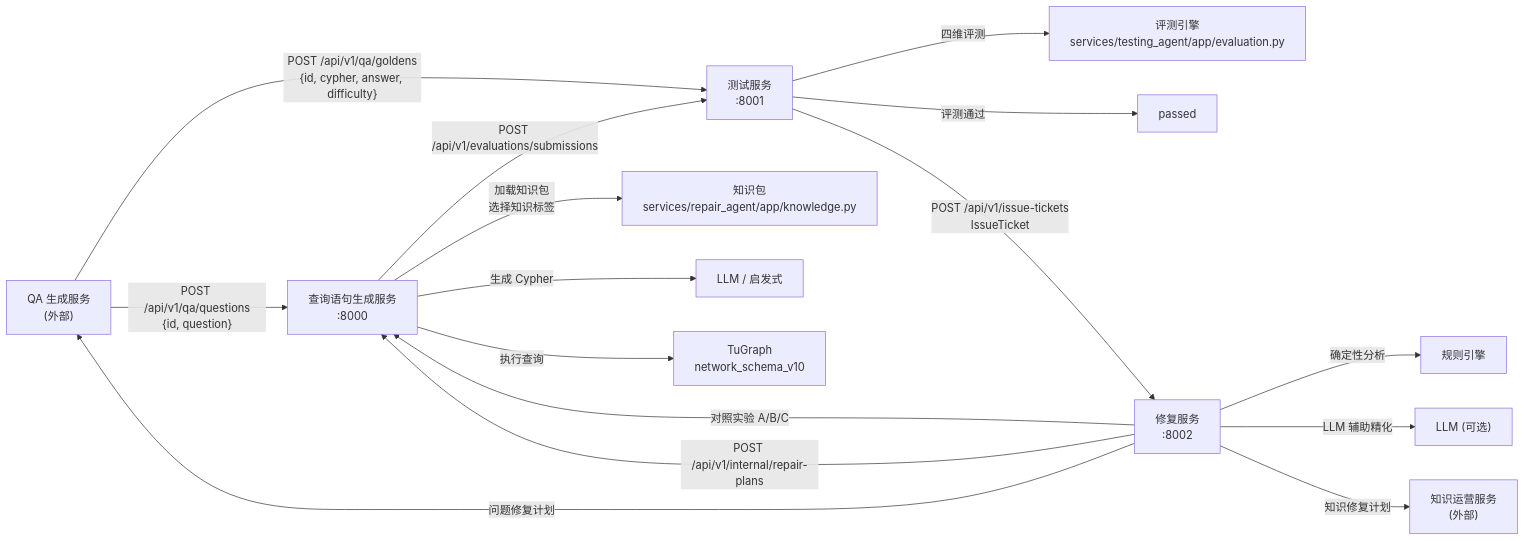
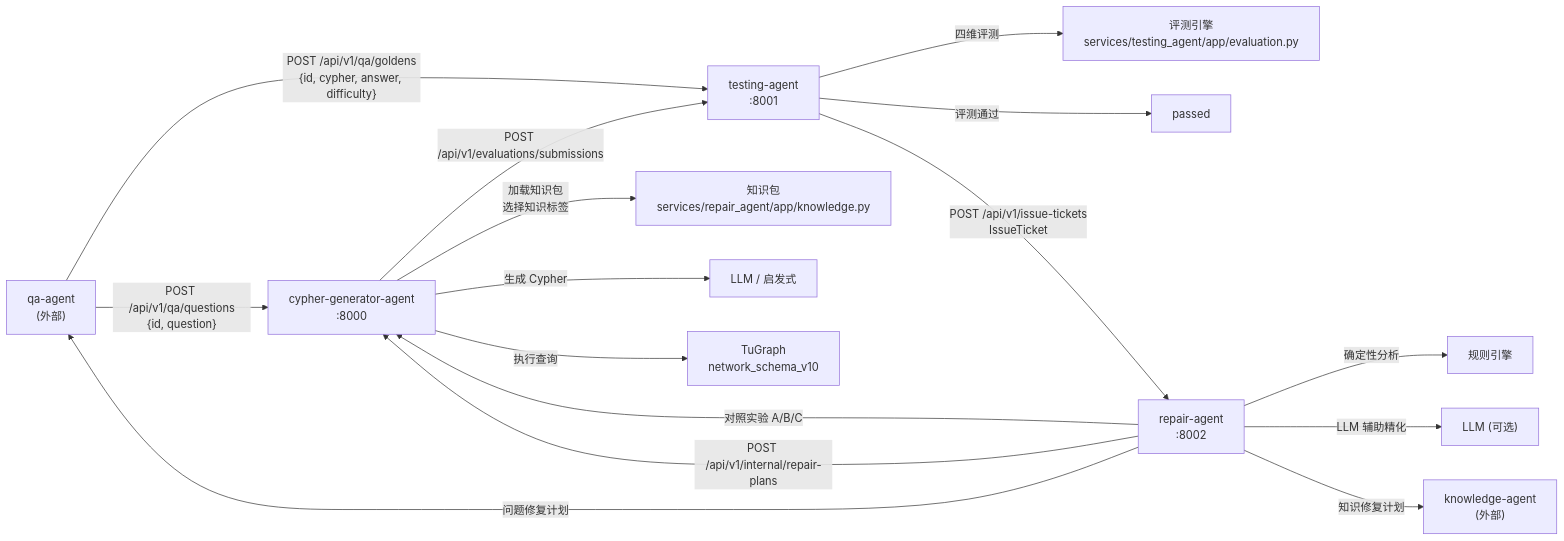
The diagram in services/query_generator_agent/docs/reference/查询语句生成服务+测试服务初步架构.md (mangow0527/NL2Cypher), drawn with Mermaid before and after one commit. The commit also changed other lines of this file and 18 other files, not shown here.

````diff
--- a/services/query_generator_agent/docs/reference/查询语句生成服务+测试服务初步架构.md
+++ b/services/query_generator_agent/docs/reference/查询语句生成服务+测试服务初步架构.md
@@ -11,21 +11,21 @@
 ```mermaid
 flowchart LR
-    QA["QA 生成服务\n(外部)"] -->|"POST /api/v1/qa/questions\n{id, question}"| QG["查询语句生成服务\n:8000"]
-    QA -->|"POST /api/v1/qa/goldens\n{id, cypher, answer, difficulty}"| TS["测试服务\n:8001"]
+    QA["qa-agent\n(外部)"] -->|"POST /api/v1/qa/questions\n{id, question}"| QG["cypher-generator-agent\n:8000"]
+    QA -->|"POST /api/v1/qa/goldens\n{id, cypher, answer, difficulty}"| TS["testing-agent\n:8001"]
 
     QG -->|"加载知识包\n选择知识标签"| KP["知识包\nservices/repair_agent/app/knowledge.py"]
     QG -->|"生成 Cypher"| LLM1["LLM / 启发式"]
     QG -->|"执行查询"| TG["TuGraph\nnetwork_schema_v10"]
     QG -->|"POST /api/v1/evaluations/submissions"| TS
 
     TS -->|"四维评测"| EVAL["评测引擎\nservices/testing_agent/app/evaluation.py"]
     TS -->|"评测通过"| PASS["passed"]
-    TS -->|"POST /api/v1/issue-tickets\nIssueTicket"| RS["修复服务\n:8002"]
+    TS -->|"POST /api/v1/issue-tickets\nIssueTicket"| RS["repair-agent\n:8002"]
 
     RS -->|"确定性分析"| RULE["规则引擎"]
     RS -->|"对照实验 A/B/C"| QG
     RS -->|"LLM 辅助精化"| LLM2["LLM (可选)"]
     RS -->|"POST /api/v1/internal/repair-plans"| QG
-    RS -->|"知识修复计划"| KO["知识运营服务\n(外部)"]
+    RS -->|"知识修复计划"| knowledge-agent["knowledge-agent\n(外部)"]
     RS -->|"问题修复计划"| QA
 ```
````
